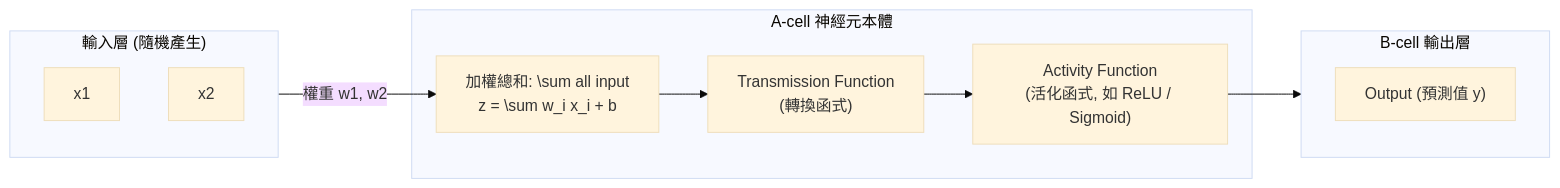
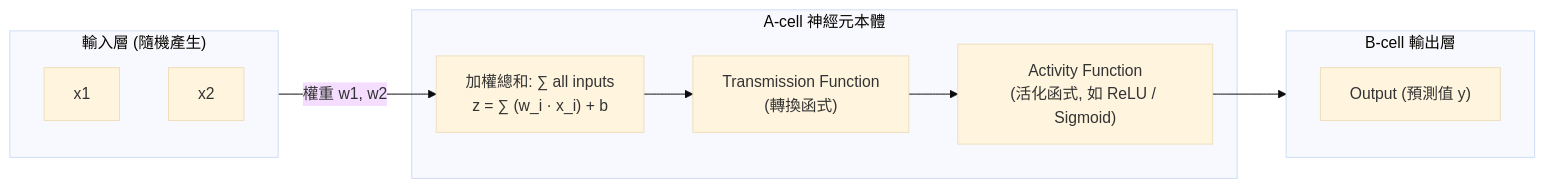
One commit to lliangles/TheNote changed the second of 2 diagrams in courses/ai-programming/Ch01-人工智慧導論與開發環境建置.md. Above: the diagram before and after it, drawn with Mermaid (base theme). The commit also changed other lines of this file and 8 other files, not shown here.

Commit message:
fix(render): resolve Mermaid fences & syntax, fix LaTeX math escapes, and add automated pre-push verification

````diff
--- a/courses/ai-programming/Ch01-人工智慧導論與開發環境建置.md
+++ b/courses/ai-programming/Ch01-人工智慧導論與開發環境建置.md
@@ -44,22 +44,22 @@
 ```mermaid
 flowchart LR
     subgraph Inputs ["輸入層 (隨機產生)"]
         x1["x1"]
         x2["x2"]
     end
 
     subgraph Neuron ["A-cell 神經元本體"]
-        Sum["加權總和: \sum all input<br>z = \sum w_i x_i + b"]
+        Sum["加權總和: ∑ all inputs<br>z = ∑ (w_i · x_i) + b"]
         Trans["Transmission Function<br>(轉換函式)"]
         Act["Activity Function<br>(活化函式, 如 ReLU / Sigmoid)"]
     end
 
     subgraph Output ["B-cell 輸出層"]
         y["Output (預測值 y)"]
     end
 
     Inputs -->|"權重 w1, w2"| Sum
     Sum --> Trans
     Trans --> Act
     Act --> Output
 ```
````
